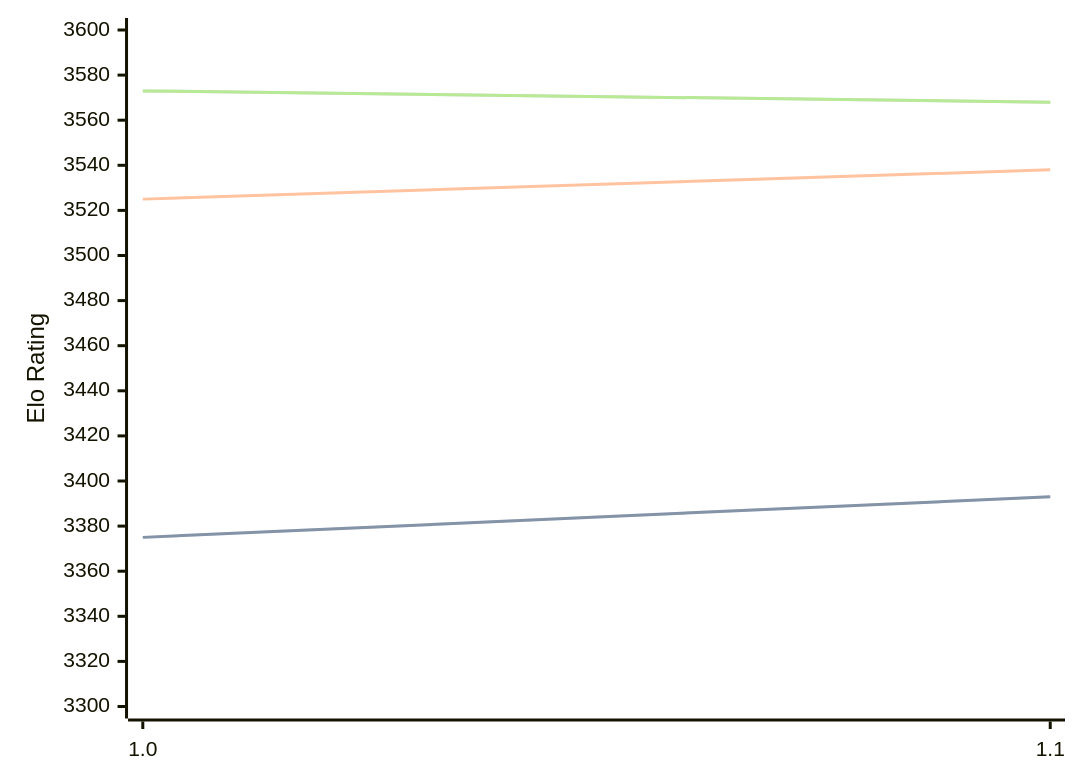
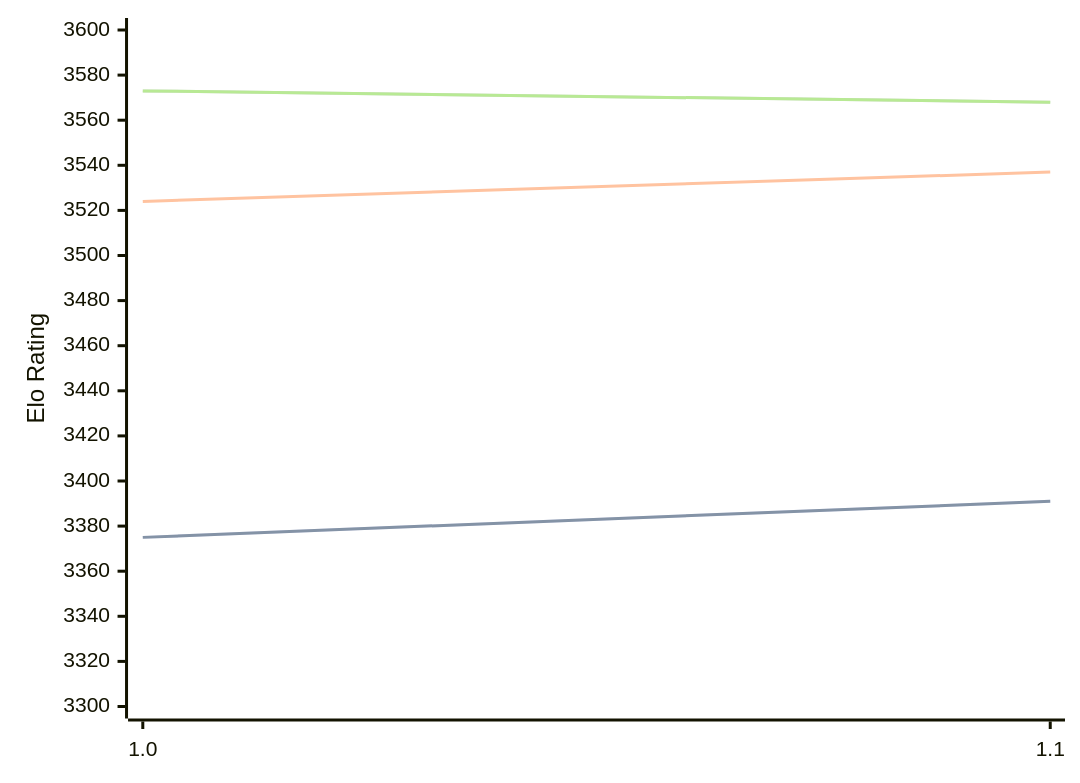
One commit to computer-chess-index/cci changed the diagram in engines/Horsie.md. Above: the diagram before and after it, drawn with Mermaid. The commit also changed other lines of this file, not shown here.

Commit message:
Update CCI Ratings (ELO VLTC) - 2026-03-09

````diff
--- a/engines/Horsie.md
+++ b/engines/Horsie.md
@@ -30,11 +30,11 @@
 ```mermaid
 %%{init: {"theme":"base","themeVariables":{"seriesColors:['#a3a3a3','#222221','#faa371']}}}%%
 xychart-beta
   x-axis ["1.0", "1.1"]
   y-axis "Elo Rating" 3300 --> 3600
-  line "STC (8.0+0.08s)" [3375, 3393]
-  line "STC (8.0+0.08s)" [3375, 3393]
-  line "LTC (60.0+0.60s)" [3525, 3538]
+  line "STC (8.0+0.08s)" [3375, 3391]
+  line "STC (8.0+0.08s)" [3375, 3391]
+  line "LTC (60.0+0.60s)" [3524, 3537]
   line "VLTC (2m24s+1.12s)" [3573, 3568]
   line "VLTC (2m24s+1.12s)" [3573, 3568]
 ```
````
